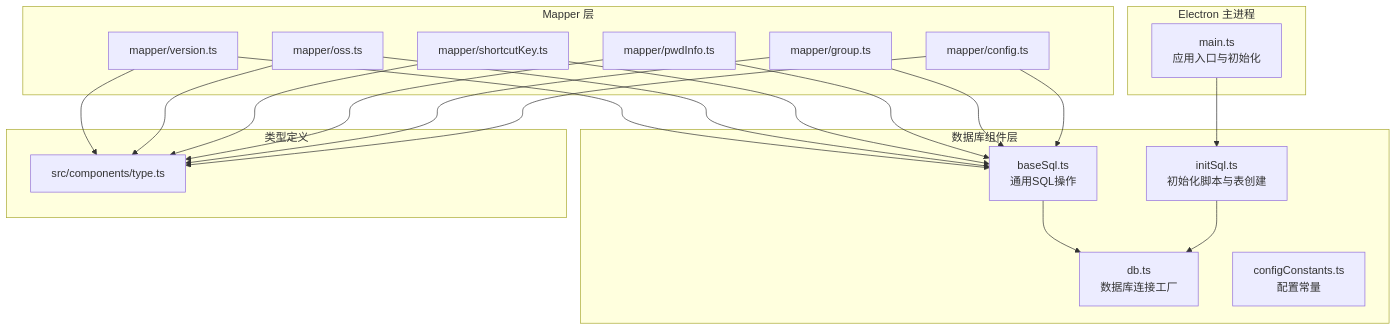
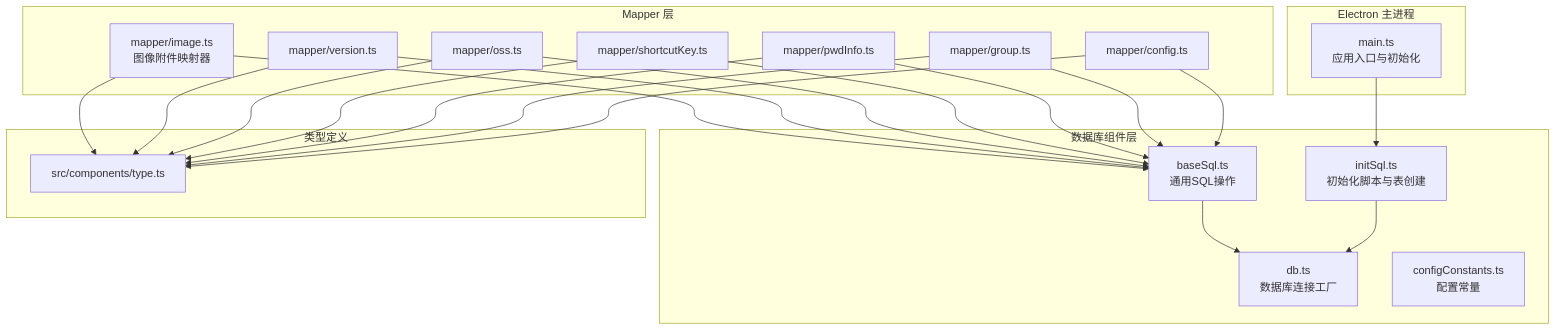
One commit to scgithub3220216/password-manager changed the first of 6 diagrams in .qoder/repowiki/zh/content/架构设计/数据库层架构/数据库层架构.md. Above: the diagram before and after it, drawn with Mermaid. The commit also changed other lines of this file and 9 other files, not shown here.

First line of the commit message:
feat(sync): 新增图像数据同步支持

````diff
--- a/.qoder/repowiki/zh/content/架构设计/数据库层架构/数据库层架构.md
+++ b/.qoder/repowiki/zh/content/架构设计/数据库层架构/数据库层架构.md
@@ -47,38 +59,41 @@
 ```mermaid
 graph TB
 subgraph "Electron 主进程"
 Main["main.ts<br/>应用入口与初始化"]
 end
 subgraph "数据库组件层"
 DB["db.ts<br/>数据库连接工厂"]
 Base["baseSql.ts<br/>通用SQL操作"]
 Init["initSql.ts<br/>初始化脚本与表创建"]
 CfgConst["configConstants.ts<br/>配置常量"]
 end
 subgraph "Mapper 层"
 M_Cfg["mapper/config.ts"]
 M_Group["mapper/group.ts"]
 M_Pwd["mapper/pwdInfo.ts"]
 M_Short["mapper/shortcutKey.ts"]
 M_OSS["mapper/oss.ts"]
 M_Ver["mapper/version.ts"]
+M_Image["mapper/image.ts<br/>图像附件映射器"]
 end
 subgraph "类型定义"
 Types["src/components/type.ts"]
 end
 Main --> Init
 Init --> DB
 Base --> DB
 M_Cfg --> Base
 M_Group --> Base
 M_Pwd --> Base
 M_Short --> Base
 M_OSS --> Base
 M_Ver --> Base
+M_Image --> Base
 M_Cfg --> Types
 M_Group --> Types
 M_Pwd --> Types
 M_Short --> Types
 M_OSS --> Types
 M_Ver --> Types
+M_Image --> Types
 ```
````
